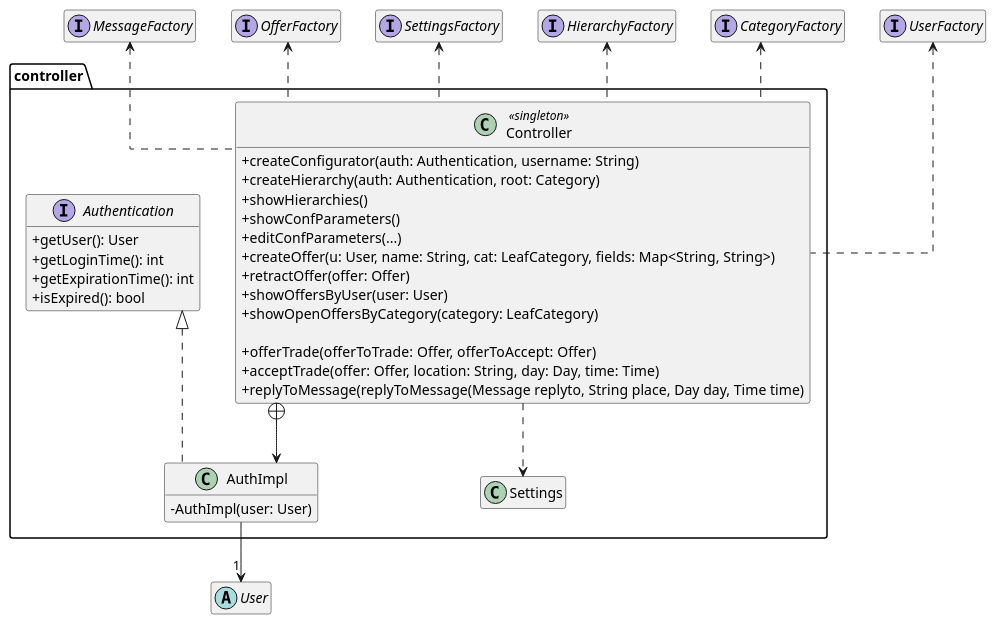
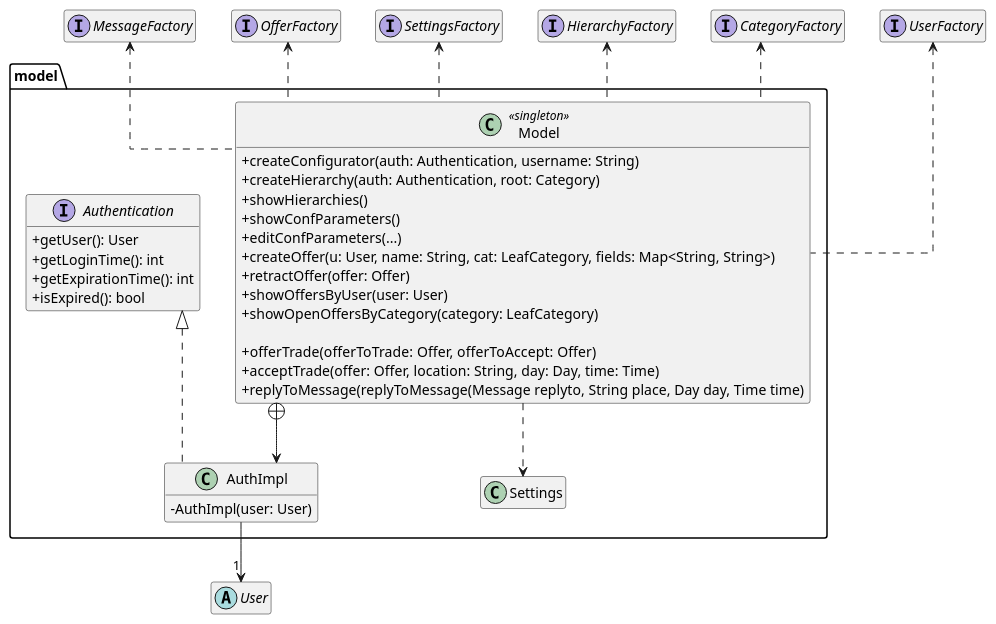
Before and after one commit to Matlice/ing_sw_2022: the diagram in DOC/VER4/diagrams/class/class_diagram_controller.puml, drawn with PlantUML. The commit also changed 27 other files, not shown here.

Commit message:
cleanup, aggiunta specificazione v3, controller -> model :)

```diff
--- a/DOC/VER4/diagrams/class/class_diagram_controller.puml
+++ b/DOC/VER4/diagrams/class/class_diagram_controller.puml
@@ -1,62 +1,62 @@
 @startuml
 
 skinparam ClassAttributeIconSize 0
 'skinparam groupInheritance 2
 skinparam linetype ortho
 hide empty members
 
-package controller #FFFFFF {
+package model #FFFFFF {
 
-    class Controller <<singleton>> {
+    class Model <<singleton>> {
         + createConfigurator(auth: Authentication, username: String)
         + createHierarchy(auth: Authentication, root: Category)
         + showHierarchies()
         + showConfParameters()
         + editConfParameters(...)
         + createOffer(u: User, name: String, cat: LeafCategory, fields: Map<String, String>)
         + retractOffer(offer: Offer)
         + showOffersByUser(user: User)
         + showOpenOffersByCategory(category: LeafCategory)
 
         + offerTrade(offerToTrade: Offer, offerToAccept: Offer)
         + acceptTrade(offer: Offer, location: String, day: Day, time: Time)
         + replyToMessage(replyToMessage(Message replyto, String place, Day day, Time time)
 
     }
 
     class AuthImpl implements Authentication {
         - AuthImpl(user: User)
     }
 
     interface Authentication {
         + getUser(): User
         + getLoginTime(): int
         + getExpirationTime(): int
         + isExpired(): bool
     }
 
     class Settings {}
 }
 
 abstract class User
 
 interface UserFactory
 interface CategoryFactory
 interface HierarchyFactory
 interface SettingsFactory
 interface OfferFactory
 interface MessageFactory
 
 AuthImpl --> "1" User
-Controller +-down-> AuthImpl
+Model +-down-> AuthImpl
 
-Controller ..> Settings
+Model ..> Settings
 
-Controller .up.> UserFactory
-Controller .up.> CategoryFactory
-Controller .up.> HierarchyFactory
-Controller .up.> SettingsFactory
-Controller .up.> OfferFactory
-Controller .up.> MessageFactory
+Model .up.> UserFactory
+Model .up.> CategoryFactory
+Model .up.> HierarchyFactory
+Model .up.> SettingsFactory
+Model .up.> OfferFactory
+Model .up.> MessageFactory
 
 @enduml
```
